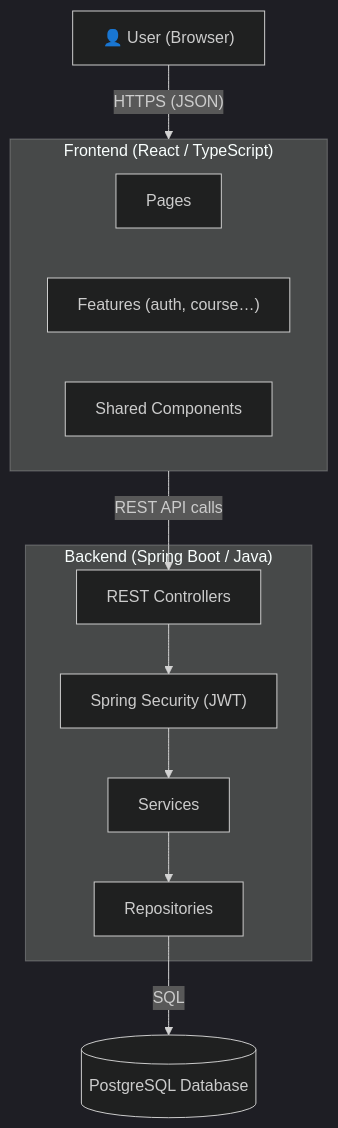
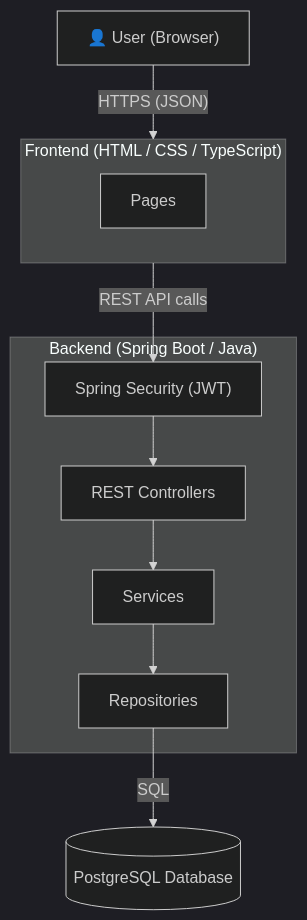
The first of 3 diagrams in CONTRIBUTING.md (ebouchut/learn-dev), drawn with Mermaid (dark theme) before and after one commit. The commit also changed other lines of this file and 1 other file, not shown here.

First line of the commit message:
docs: Reflect scope reduction (replace React with Thymeleaf)

````diff
--- a/CONTRIBUTING.md
+++ b/CONTRIBUTING.md
@@ -46,26 +46,24 @@
 ```mermaid
 graph TD
     U["👤 User (Browser)"]
 
-    subgraph FE["Frontend (React / TypeScript)"]
+    subgraph FE["Frontend (HTML / CSS / TypeScript)"]
         Pages["Pages"]
-        Features["Features (auth, course…)"]
-        Components["Shared Components"]
     end
 
     subgraph BE["Backend (Spring Boot / Java)"]
         Controllers["REST Controllers"]
         Services["Services"]
         Repositories["Repositories"]
         Security["Spring Security (JWT)"]
     end
 
     DB[("PostgreSQL Database")]
 
     U -->|"HTTPS (JSON)"| FE
-    FE -->|"REST API calls"| Controllers
-    Controllers --> Security
-    Security --> Services
+    FE -->|"REST API calls"| Security
+    Security --> Controllers
+    Controllers --> Services
     Services --> Repositories
     Repositories -->|"SQL"| DB
 ```
````
